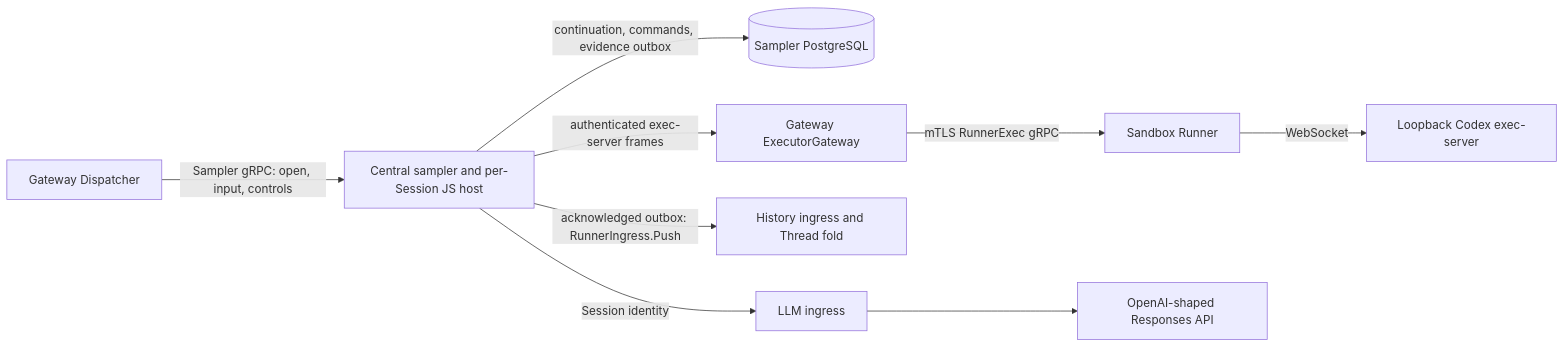
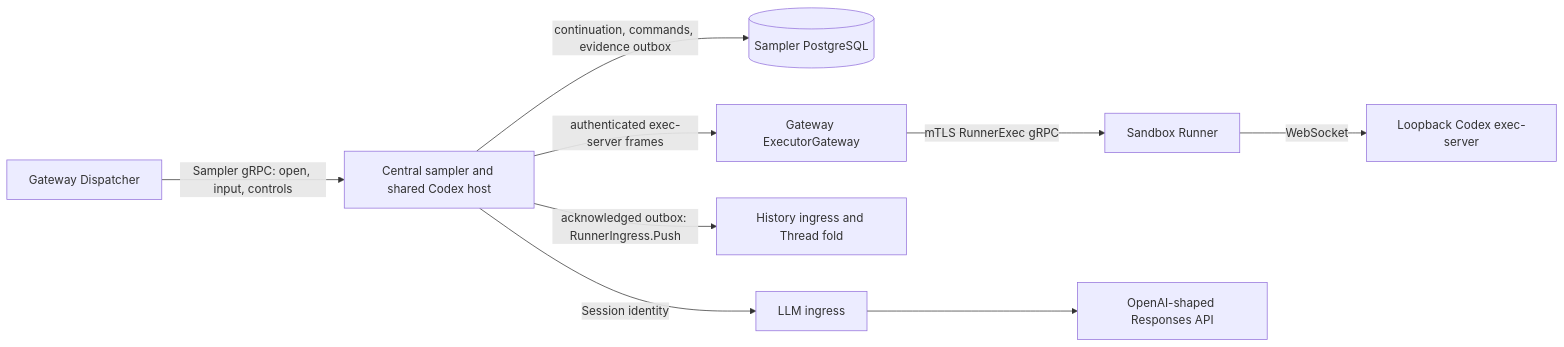
Before and after one commit to agentydragon/ducktape: the second of 8 diagrams in agentplane/docs/system_overview.md, drawn with Mermaid. The commit also changed other lines of this file and 26 other files, not shown here.

Commit message:
Share one lazy Codex host across sampler sessions

````diff
--- a/agentplane/docs/system_overview.md
+++ b/agentplane/docs/system_overview.md
@@ -34,19 +34,19 @@
 ```mermaid
 flowchart LR
     dispatcher[Gateway Dispatcher]
-    sampler[Central sampler and per-Session JS host]
+    sampler[Central sampler and shared Codex host]
     db[(Sampler PostgreSQL)]
     gateway[Gateway ExecutorGateway]
     runner[Sandbox Runner]
     executor[Loopback Codex exec-server]
     history[History ingress and Thread fold]
     llm[LLM ingress]
     provider[OpenAI-shaped Responses API]
     dispatcher -->|Sampler gRPC: open, input, controls| sampler
     sampler -->|continuation, commands, evidence outbox| db
     sampler -->|authenticated exec-server frames| gateway
     gateway -->|mTLS RunnerExec gRPC| runner
     runner -->|WebSocket| executor
     sampler -->|acknowledged outbox: RunnerIngress.Push| history
     sampler -->|Session identity| llm --> provider
 ```
````
